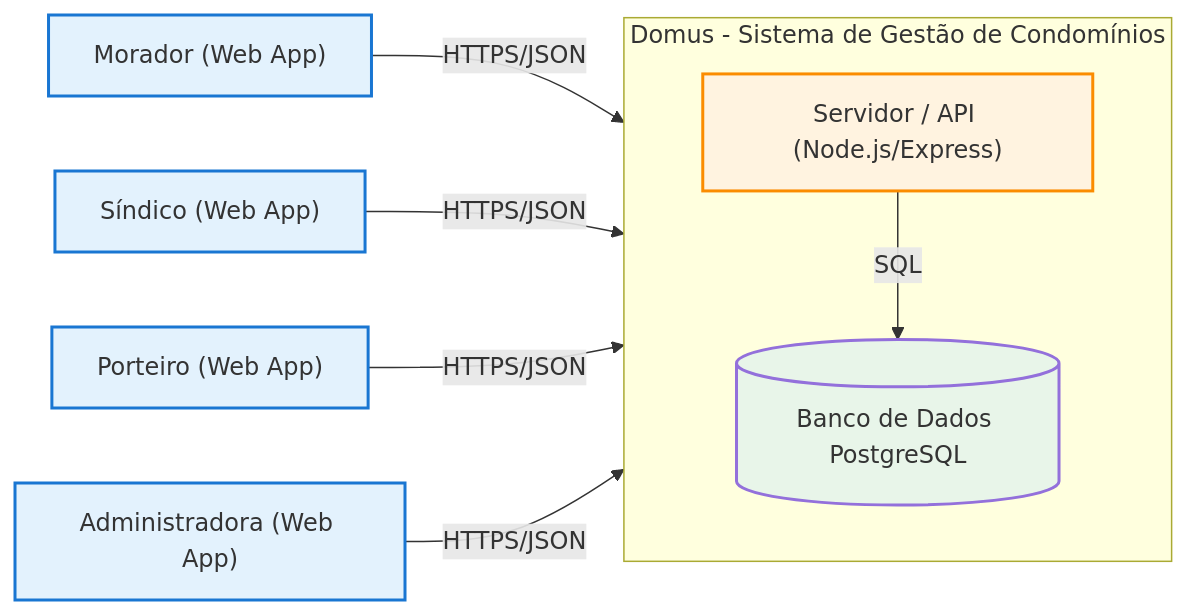
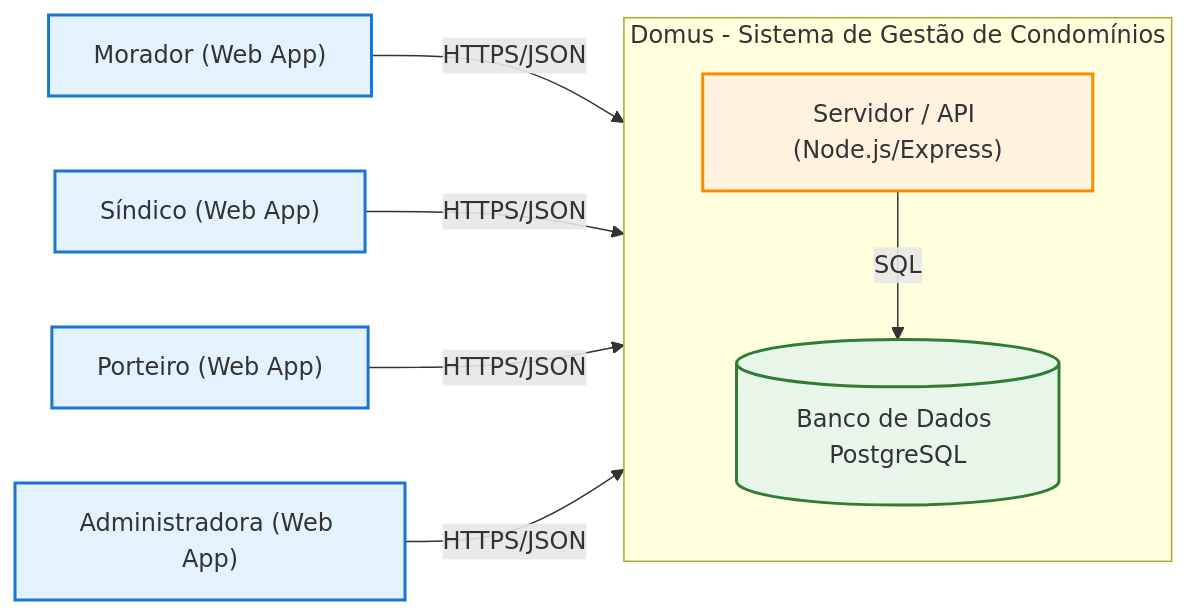
The first of 4 diagrams in README.md (m4tth3www/Domus), drawn with Mermaid before and after one commit. The commit also changed other lines of this file, not shown here.

````diff
--- a/README.md
+++ b/README.md
@@ -79,28 +79,28 @@
 ```mermaid
 flowchart LR
     subgraph "Domus - Sistema de Gestão de Condomínios"
         direction TB
         API["Servidor / API (Node.js/Express)"]
         BD[("Banco de Dados PostgreSQL")]
     end
-    
+
     Morador["Morador (Web App)"]
     Sindico["Síndico (Web App)"]
     Porteiro["Porteiro (Web App)"]
     Admin["Administradora (Web App)"]
-    
+
     Morador -->|"HTTPS/JSON"| API
     Sindico -->|"HTTPS/JSON"| API
     Porteiro -->|"HTTPS/JSON"| API
     Admin -->|"HTTPS/JSON"| API
-    
+
     API -->|"SQL"| BD
-    
+
     classDef user fill:#e3f2fd,stroke:#1976d2,stroke-width:2px;
     classDef system fill:#fff3e0,stroke:#fb8c00,stroke-width:2px;
-    classDef data fill:#e8f5e9,:#2e7d32,stroke-width:2px;
-    
+    classDef data fill:#e8f5e9,stroke:#2e7d32,stroke-width:2px;
+
     class Morador,Sindico,Porteiro,Admin user;
     class API system;
     class BD data;
 ```
````
